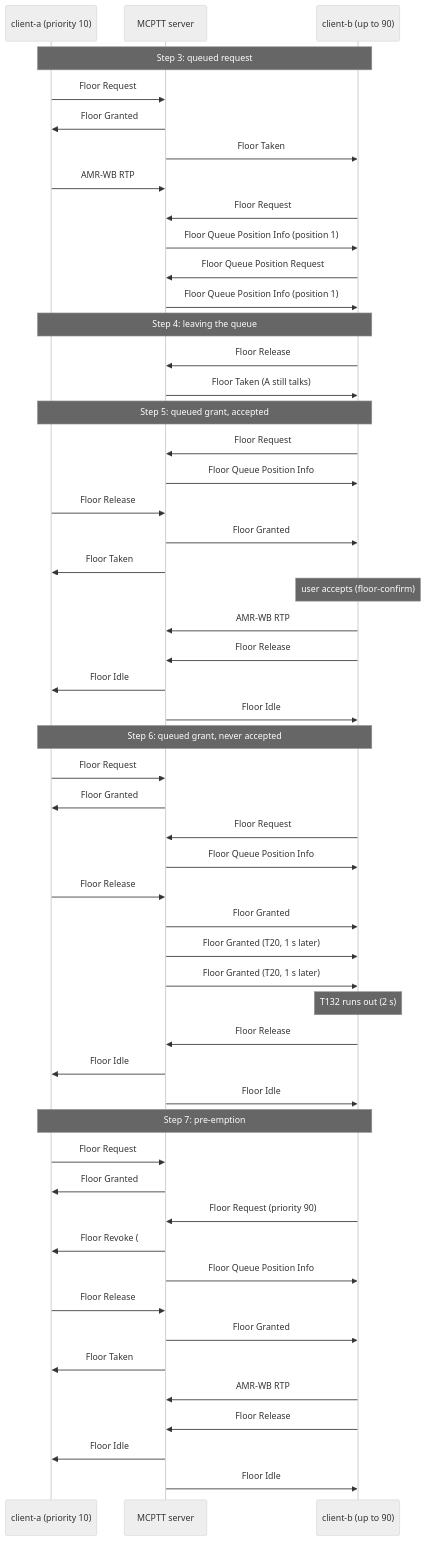
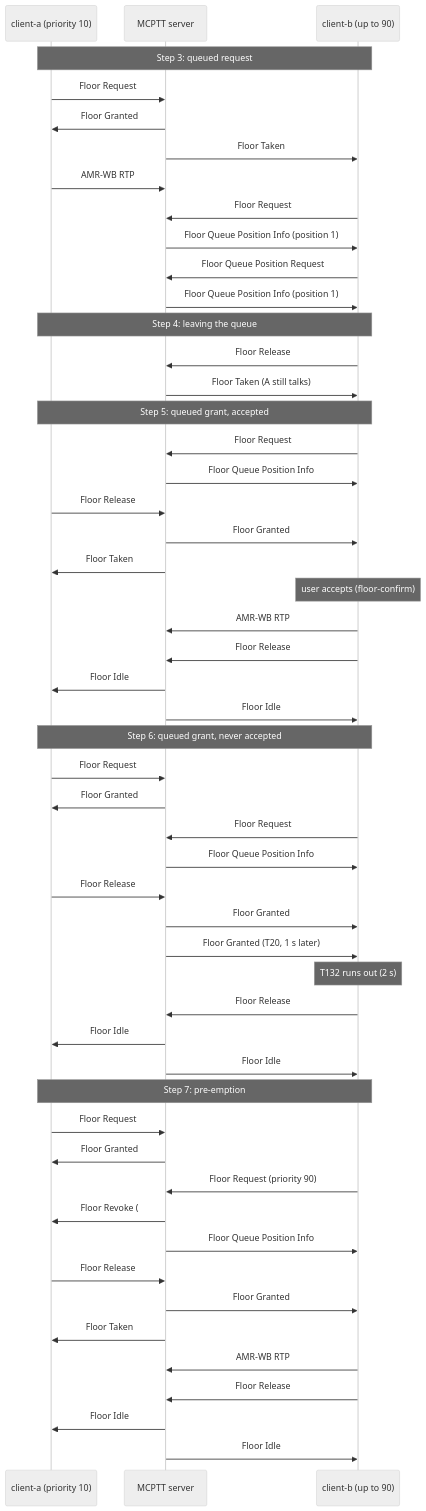
The diagram in tutorials/unit-tests/02-floor-queue-priority/README.md (openMCX/openmcx-server), drawn with Mermaid (neutral theme) before and after one commit. The commit also changed other lines of this file and 258 other files, not shown here.

````diff
--- a/tutorials/unit-tests/02-floor-queue-priority/README.md
+++ b/tutorials/unit-tests/02-floor-queue-priority/README.md
@@ -221,55 +222,54 @@
 ```mermaid
 sequenceDiagram
     participant A as client-a (priority 10)
     participant S as MCPTT server
     participant B as client-b (up to 90)
     Note over A,B: Step 3: queued request
     A->>S: Floor Request
     S->>A: Floor Granted
     S->>B: Floor Taken
     A->>S: AMR-WB RTP
     B->>S: Floor Request
     S->>B: Floor Queue Position Info (position 1)
     B->>S: Floor Queue Position Request
     S->>B: Floor Queue Position Info (position 1)
     Note over A,B: Step 4: leaving the queue
     B->>S: Floor Release
     S->>B: Floor Taken (A still talks)
     Note over A,B: Step 5: queued grant, accepted
     B->>S: Floor Request
     S->>B: Floor Queue Position Info
     A->>S: Floor Release
     S->>B: Floor Granted
     S->>A: Floor Taken
     Note over B: user accepts (floor-confirm)
     B->>S: AMR-WB RTP
     B->>S: Floor Release
     S->>A: Floor Idle
     S->>B: Floor Idle
     Note over A,B: Step 6: queued grant, never accepted
     A->>S: Floor Request
     S->>A: Floor Granted
     B->>S: Floor Request
     S->>B: Floor Queue Position Info
     A->>S: Floor Release
     S->>B: Floor Granted
     S->>B: Floor Granted (T20, 1 s later)
-    S->>B: Floor Granted (T20, 1 s later)
     Note over B: T132 runs out (2 s)
     B->>S: Floor Release
     S->>A: Floor Idle
     S->>B: Floor Idle
     Note over A,B: Step 7: pre-emption
     A->>S: Floor Request
     S->>A: Floor Granted
     B->>S: Floor Request (priority 90)
     S->>A: Floor Revoke (#4 Media Burst pre-empted)
     S->>B: Floor Queue Position Info
     A->>S: Floor Release
     S->>B: Floor Granted
     S->>A: Floor Taken
     B->>S: AMR-WB RTP
     B->>S: Floor Release
     S->>A: Floor Idle
     S->>B: Floor Idle
 ```
````
